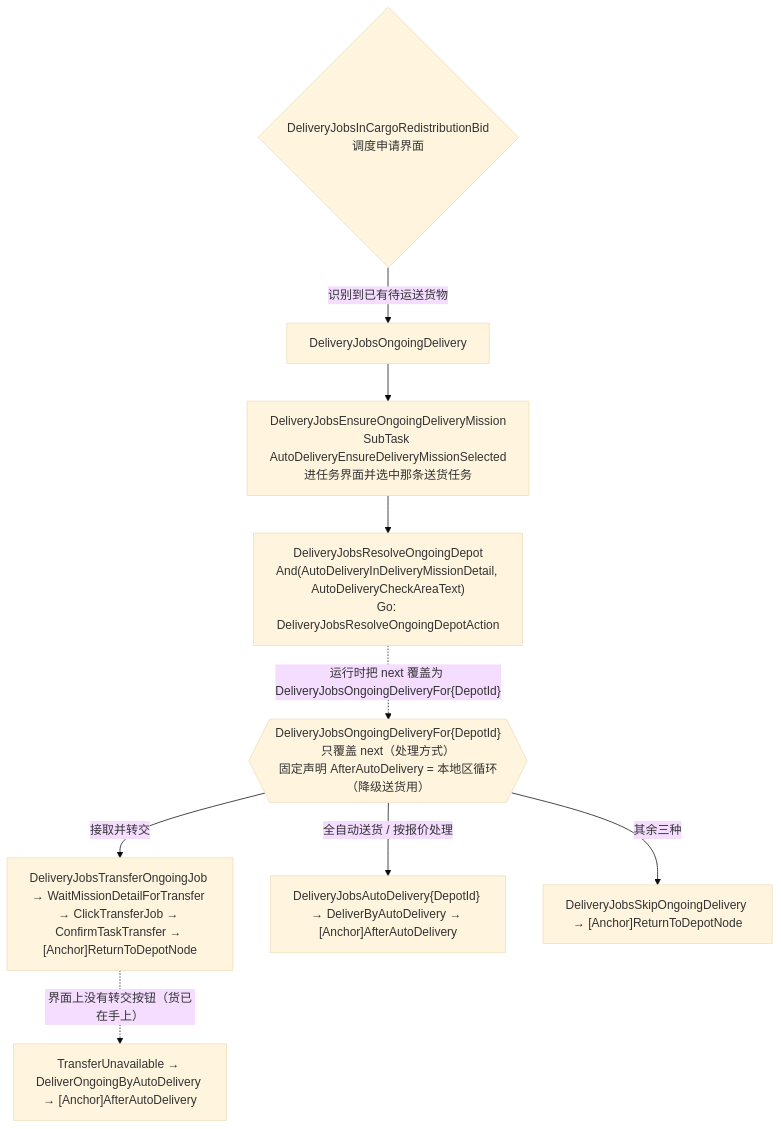
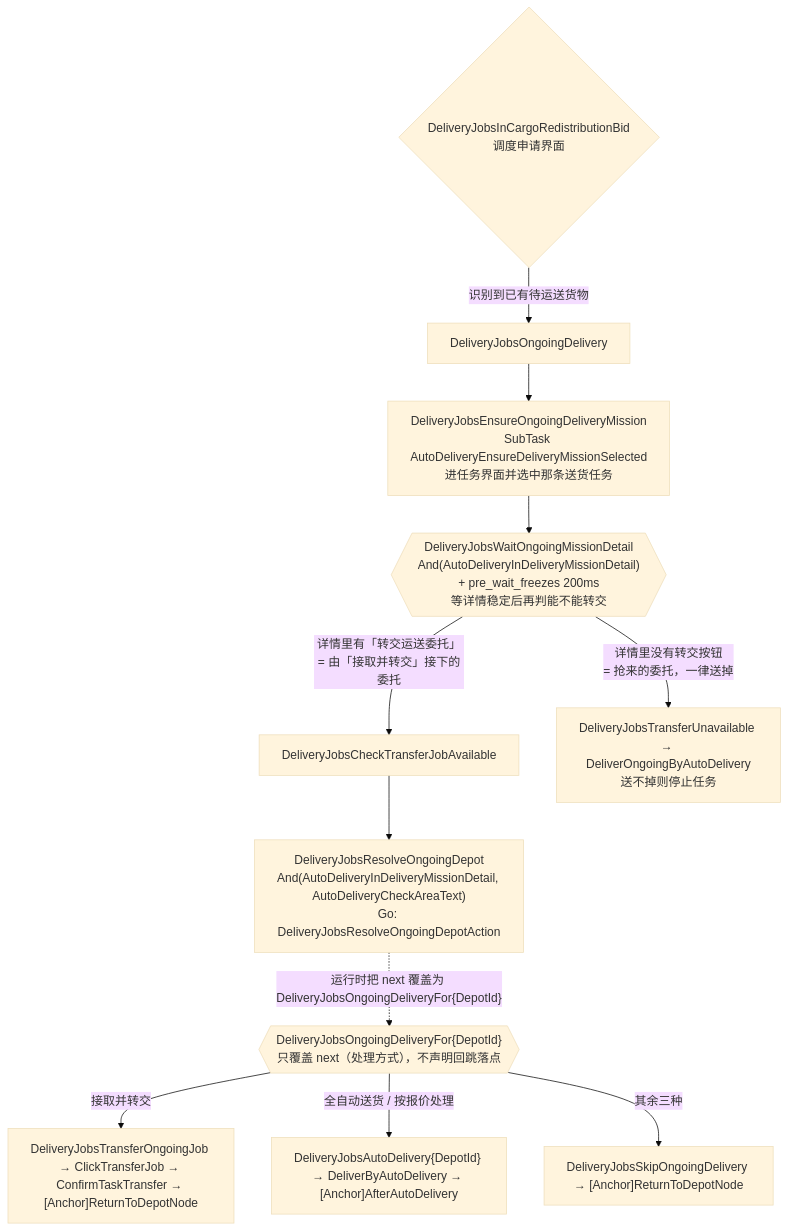
The fourth of 6 diagrams in docs/zh_cn/developers/tasks/delivery-jobs-maintain.md (MaaEnd/MaaEnd), drawn with Mermaid (base theme) before and after one commit. The commit also changed other lines of this file and 12 other files, not shown here.

First line of the commit message:
fix(DeliveryJobs): 残留委托一进详情就先判能不能转交，抢来的一律送掉

````diff
--- a/docs/zh_cn/developers/tasks/delivery-jobs-maintain.md
+++ b/docs/zh_cn/developers/tasks/delivery-jobs-maintain.md
@@ -146,11 +146,13 @@
 ```mermaid
 flowchart TD
     Bid{"DeliveryJobsInCargoRedistributionBid\n调度申请界面"} -->|识别到已有待运送货物| Ong["DeliveryJobsOngoingDelivery"]
     Ong --> Ensure["DeliveryJobsEnsureOngoingDeliveryMission\nSubTask AutoDeliveryEnsureDeliveryMissionSelected\n进任务界面并选中那条送货任务"]
-    Ensure --> Resolve["DeliveryJobsResolveOngoingDepot\nAnd(AutoDeliveryInDeliveryMissionDetail, AutoDeliveryCheckAreaText)\nGo: DeliveryJobsResolveOngoingDepotAction"]
-    Resolve -.->|"运行时把 next 覆盖为 DeliveryJobsOngoingDeliveryFor{DepotId}"| For{{"DeliveryJobsOngoingDeliveryFor{DepotId}\n只覆盖 next（处理方式）\n固定声明 AfterAutoDelivery = 本地区循环（降级送货用）"}}
-    For -->|接取并转交| T["DeliveryJobsTransferOngoingJob → WaitMissionDetailForTransfer → ClickTransferJob → ConfirmTaskTransfer → [Anchor]ReturnToDepotNode"]
-    T -.->|"界面上没有转交按钮（货已在手上）"| U["TransferUnavailable → DeliverOngoingByAutoDelivery → [Anchor]AfterAutoDelivery"]
+    Ensure --> Wait{{"DeliveryJobsWaitOngoingMissionDetail\nAnd(AutoDeliveryInDeliveryMissionDetail)\n+ pre_wait_freezes 200ms\n等详情稳定后再判能不能转交"}}
+    Wait -->|"详情里有「转交运送委托」\n= 由「接取并转交」接下的委托"| Chk["DeliveryJobsCheckTransferJobAvailable"]
+    Wait -->|"详情里没有转交按钮\n= 抢来的委托，一律送掉"| Unavail["DeliveryJobsTransferUnavailable → DeliverOngoingByAutoDelivery\n送不掉则停止任务"]
+    Chk --> Resolve["DeliveryJobsResolveOngoingDepot\nAnd(AutoDeliveryInDeliveryMissionDetail, AutoDeliveryCheckAreaText)\nGo: DeliveryJobsResolveOngoingDepotAction"]
+    Resolve -.->|"运行时把 next 覆盖为 DeliveryJobsOngoingDeliveryFor{DepotId}"| For{{"DeliveryJobsOngoingDeliveryFor{DepotId}\n只覆盖 next（处理方式），不声明回跳落点"}}
+    For -->|接取并转交| T["DeliveryJobsTransferOngoingJob → ClickTransferJob → ConfirmTaskTransfer → [Anchor]ReturnToDepotNode"]
     For -->|全自动送货 / 按报价处理| A["DeliveryJobsAutoDelivery{DepotId} → DeliverByAutoDelivery → [Anchor]AfterAutoDelivery"]
     For -->|其余三种| S["DeliveryJobsSkipOngoingDelivery → [Anchor]ReturnToDepotNode"]
 ```
````
